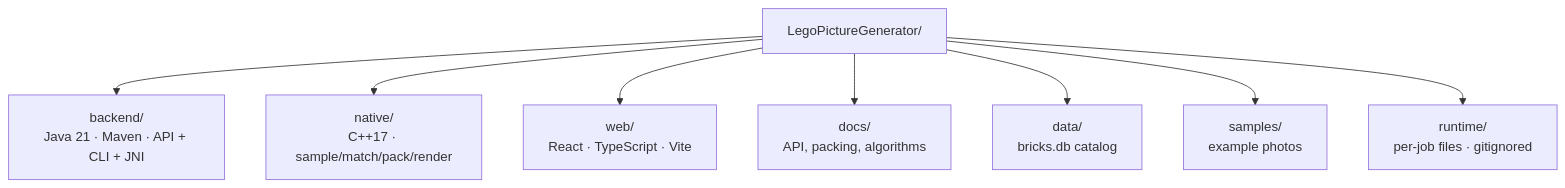
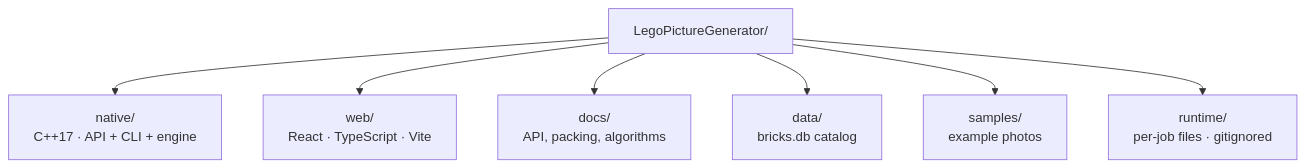
The second of 7 diagrams in ARCHITECTURE.md (WesJennings/LegoPictureGenerator), drawn with Mermaid before and after one commit. The commit also changed other lines of this file and 93 other files, not shown here.

First line of the commit message:
Replace Java host with C++ HTTP server, jobs, and CLI

````diff
--- a/ARCHITECTURE.md
+++ b/ARCHITECTURE.md
@@ -42,11 +42,10 @@
 ```mermaid
 flowchart TB
   root["LegoPictureGenerator/"]
-  root --> backend["backend/<br/>Java 21 · Maven · API + CLI + JNI"]
-  root --> native["native/<br/>C++17 · sample/match/pack/render"]
+  root --> native["native/<br/>C++17 · API + CLI + engine"]
   root --> web["web/<br/>React · TypeScript · Vite"]
   root --> docs["docs/<br/>API, packing, algorithms"]
   root --> data["data/<br/>bricks.db catalog"]
   root --> samples["samples/<br/>example photos"]
   root --> runtime["runtime/<br/>per-job files · gitignored"]
 ```
````
